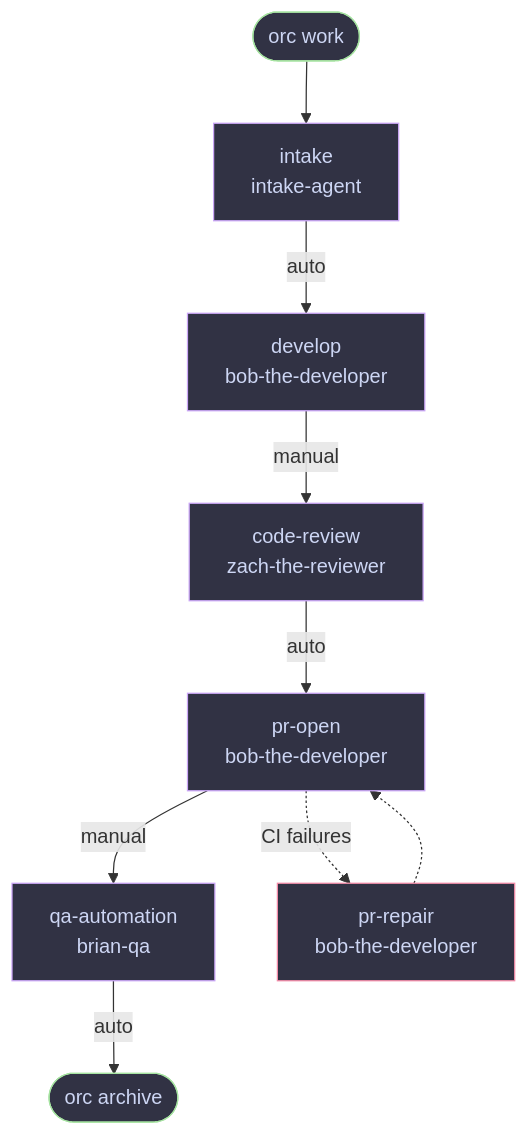
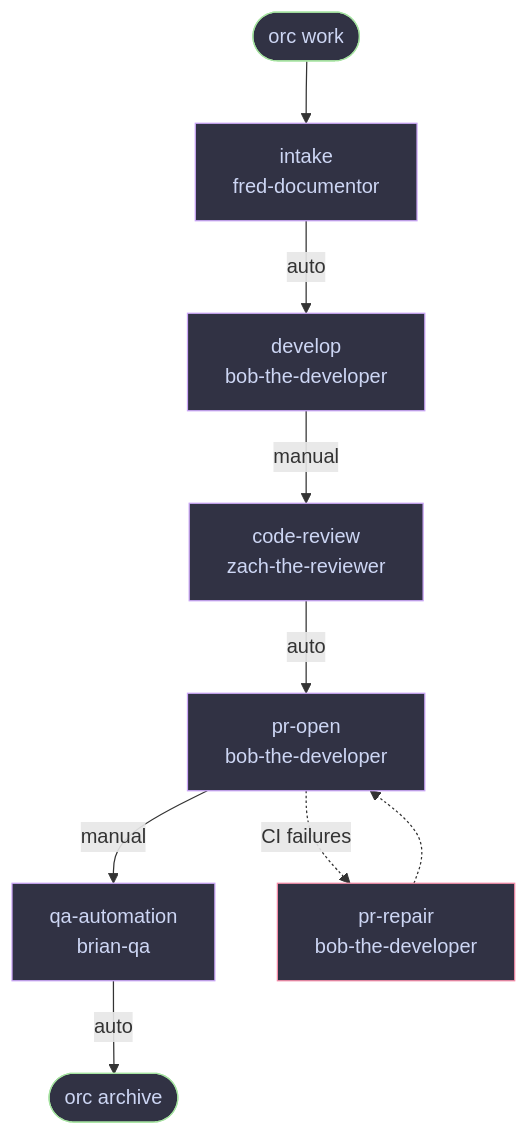
The first of 2 diagrams in README.md (cengebretson/tmux-orc), drawn with Mermaid before and after one commit. The commit also changed 7 other files, not shown here.

First line of the commit message:
Tighten setup flow, fix SETUP readiness check, unify intake worker

````diff
--- a/README.md
+++ b/README.md
@@ -171,20 +171,20 @@
 ```mermaid
 flowchart TD
     W(["orc work"])
-    W --> intake["intake<br/>intake-agent"]
+    W --> intake["intake<br/>fred-documentor"]
     intake -->|auto| develop["develop<br/>bob-the-developer"]
     develop -->|manual| CR["code-review<br/>zach-the-reviewer"]
     CR -->|auto| PO["pr-open<br/>bob-the-developer"]
     PO -->|manual| QA["qa-automation<br/>brian-qa"]
     PO -.->|CI failures| PR["pr-repair<br/>bob-the-developer"]
     PR -.-> PO
     QA -->|auto| A(["orc archive"])
 
     classDef edge fill:#313244,stroke:#a6e3a1,color:#cdd6f4
     classDef stage fill:#313244,stroke:#cba6f7,color:#cdd6f4
     classDef repair fill:#313244,stroke:#f38ba8,color:#cdd6f4
 
     class W,A edge
     class intake,develop,CR,PO,QA stage
     class PR repair
 ```
````
